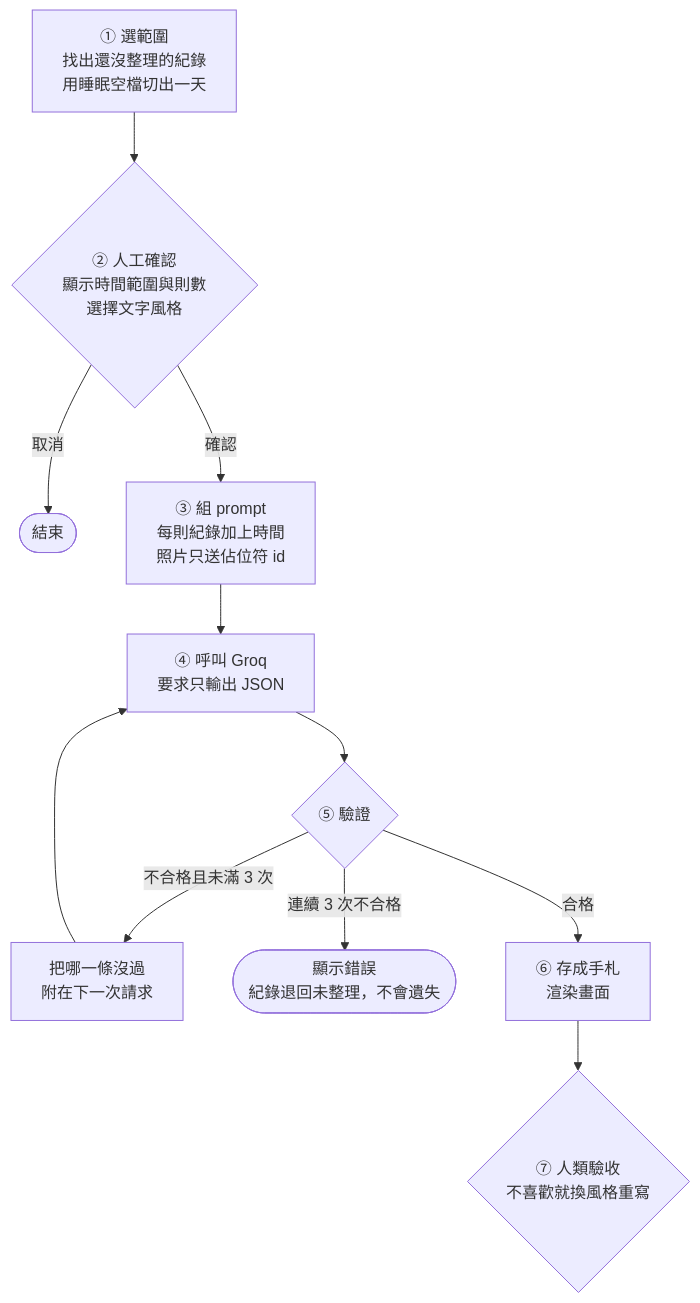
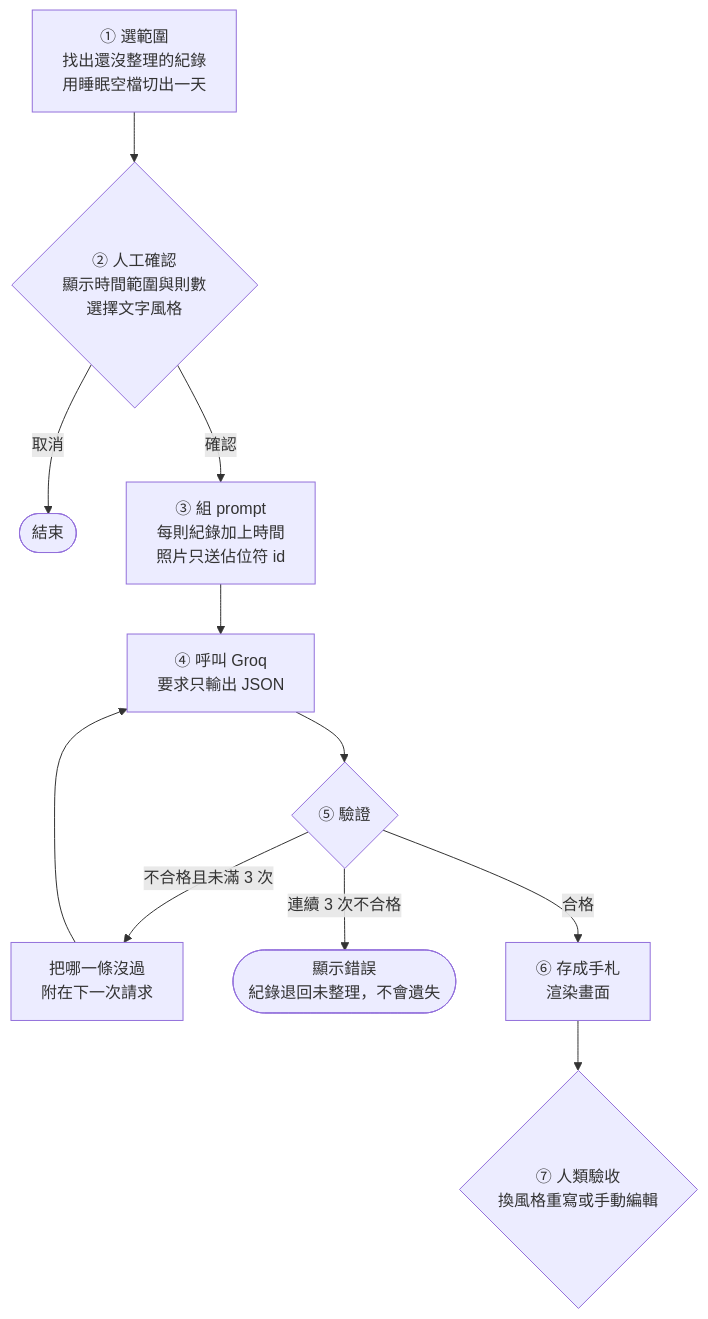
Before and after one commit to wyz279/wangji: the second of 2 diagrams in README.md, drawn with Mermaid. The commit also changed other lines of this file and 1 other file, not shown here.

````diff
--- a/README.md
+++ b/README.md
@@ -125,13 +128,13 @@
 ```mermaid
 flowchart TD
     A[① 選範圍<br>找出還沒整理的紀錄<br>用睡眠空檔切出一天] --> B{② 人工確認<br>顯示時間範圍與則數<br>選擇文字風格}
     B -->|取消| X([結束])
     B -->|確認| C[③ 組 prompt<br>每則紀錄加上時間<br>照片只送佔位符 id]
     C --> D[④ 呼叫 Groq<br>要求只輸出 JSON]
     D --> E{⑤ 驗證}
     E -->|不合格且未滿 3 次| F[把哪一條沒過<br>附在下一次請求]
     F --> D
     E -->|連續 3 次不合格| Y([顯示錯誤<br>紀錄退回未整理，不會遺失])
     E -->|合格| G[⑥ 存成手札<br>渲染畫面]
-    G --> H{⑦ 人類驗收<br>不喜歡就換風格重寫}
+    G --> H{⑦ 人類驗收<br>換風格重寫或手動編輯}
 ```
````
